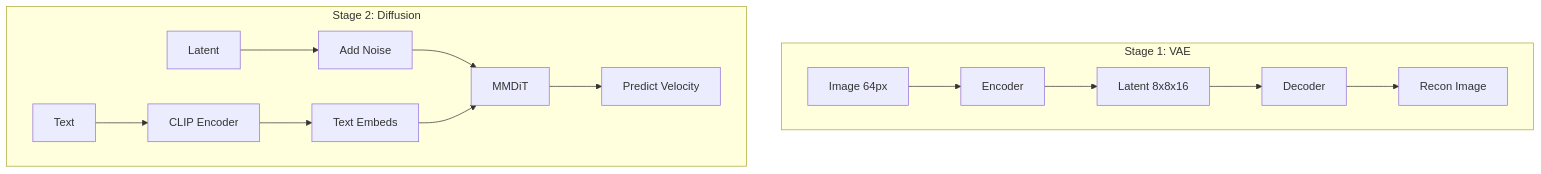
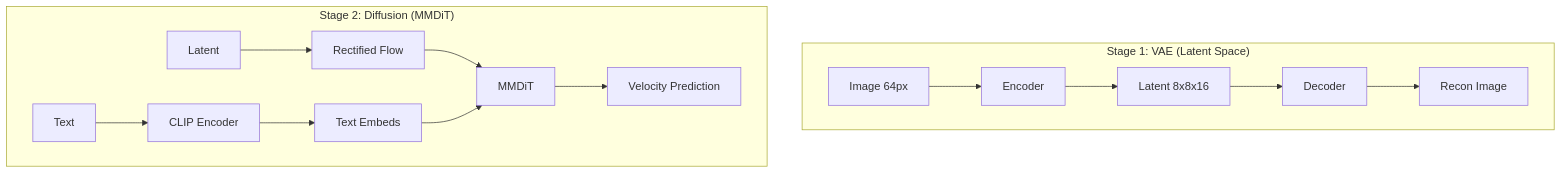
Before and after one commit to junyeong-nero/tiny-stable-diffusion: the diagram in README.md, drawn with Mermaid. The commit also changed other lines of this file and 11 other files, not shown here.

````diff
--- a/README.md
+++ b/README.md
@@ -66,18 +82,18 @@
 ```mermaid
 graph TD
-    subgraph Stage 1: VAE
+    subgraph "Stage 1: VAE (Latent Space)"
     I[Image 64px] --> E[Encoder]
     E --> L[Latent 8x8x16]
     L --> D[Decoder]
     D --> R[Recon Image]
     end
     
-    subgraph Stage 2: Diffusion
+    subgraph "Stage 2: Diffusion (MMDiT)"
     T[Text] --> CLIP[CLIP Encoder]
     CLIP --> Emb[Text Embeds]
-    L2[Latent] --> Noise[Add Noise]
-    Noise --> MMDiT
+    L2[Latent] --> RF[Rectified Flow]
+    RF --> MMDiT
     Emb --> MMDiT
-    MMDiT --> Pred[Predict Velocity]
+    MMDiT --> Pred[Velocity Prediction]
     end
 ```
````
